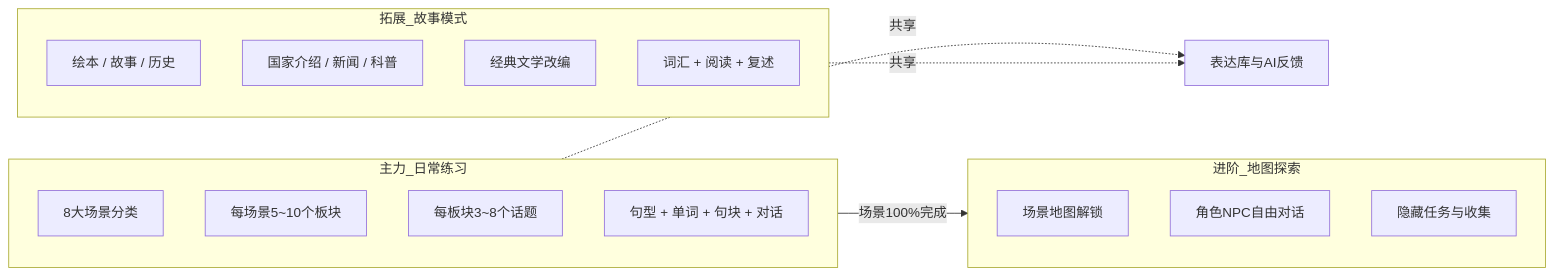
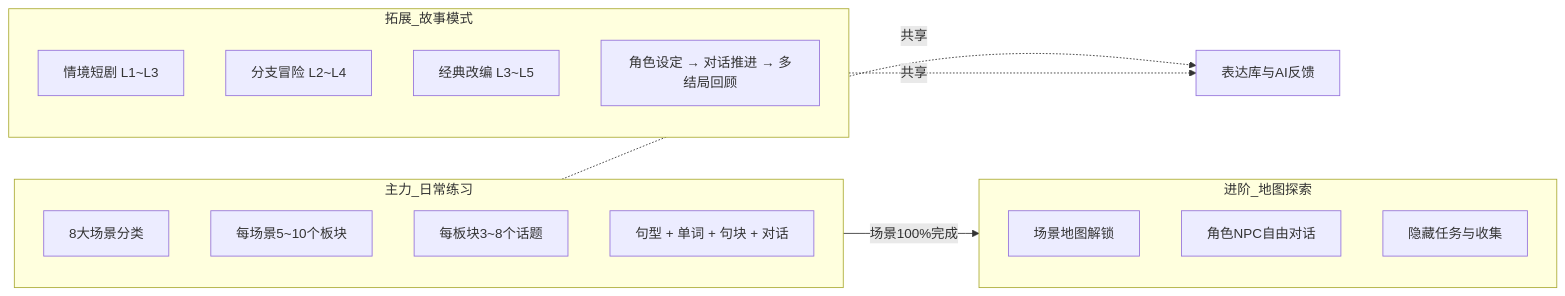
One commit to kirohuji/speakGuild changed the second of 10 diagrams in docs/story/content-architecture-design.md. Above: the diagram before and after it, drawn with Mermaid. The commit also changed other lines of this file, not shown here.

````diff
--- a/docs/story/content-architecture-design.md
+++ b/docs/story/content-architecture-design.md
@@ -83,29 +83,29 @@
 ```mermaid
 flowchart LR
     subgraph 主力_日常练习
         direction TB
         A1[8大场景分类]
         A2[每场景5~10个板块]
         A3[每板块3~8个话题]
         A4[句型 + 单词 + 句块 + 对话]
     end
 
     subgraph 拓展_故事模式
         direction TB
-        C1[绘本 / 故事 / 历史]
-        C2[国家介绍 / 新闻 / 科普]
-        C3[经典文学改编]
-        C4[词汇 + 阅读 + 复述]
+        C1[情境短剧 L1~L3]
+        C2[分支冒险 L2~L4]
+        C3[经典改编 L3~L5]
+        C4[角色设定 → 对话推进 → 多结局回顾]
     end
 
     subgraph 进阶_地图探索
         direction TB
         B1[场景地图解锁]
         B2[角色NPC自由对话]
         B3[隐藏任务与收集]
     end
 
     主力_日常练习 -->|场景100%完成| 进阶_地图探索
     主力_日常练习 -.->|共享| 表达库与AI反馈
     拓展_故事模式 -.->|共享| 表达库与AI反馈
 ```
````
